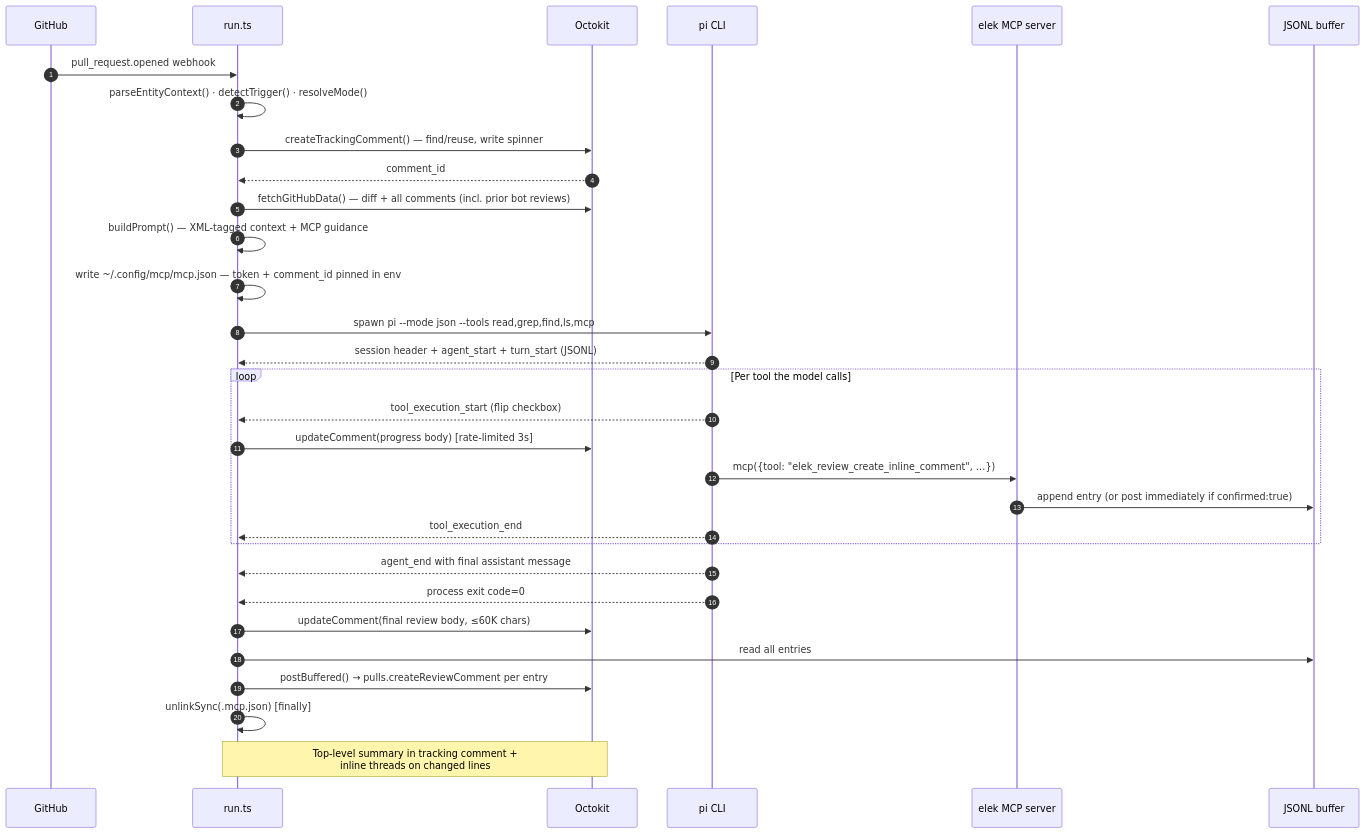
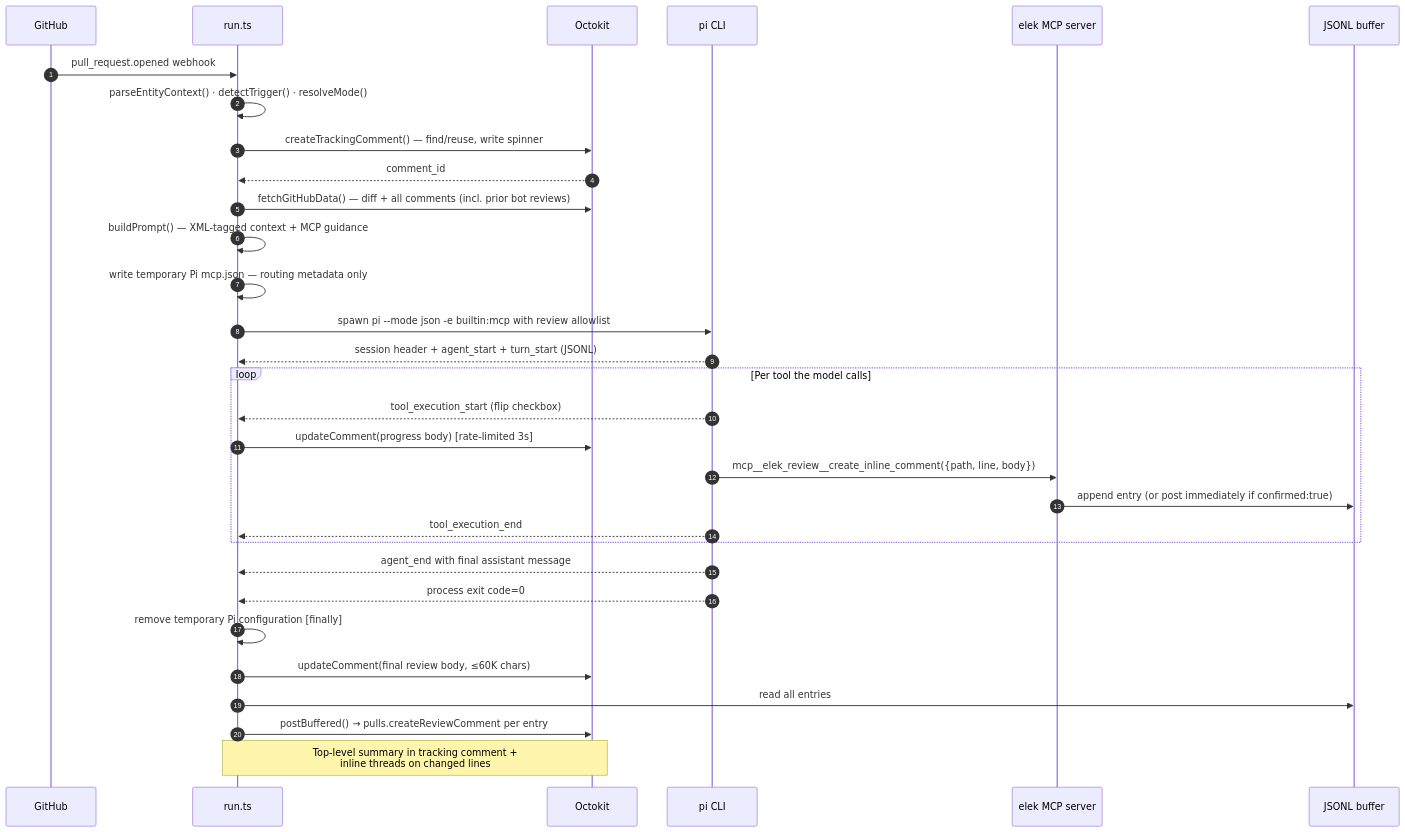
Before and after one commit to selimozten/elek: the diagram in docs/ARCHITECTURE.md, drawn with Mermaid. The commit also changed other lines of this file and 21 other files, not shown here.

Commit message:
test(review): snapshot native MCP migration for verification

````diff
--- a/docs/ARCHITECTURE.md
+++ b/docs/ARCHITECTURE.md
@@ -145,36 +152,36 @@
 ```mermaid
 sequenceDiagram
     autonumber
     participant GH as GitHub
     participant Run as run.ts
     participant Octo as Octokit
     participant Pi as pi CLI
     participant MCP as elek MCP server
     participant Buf as JSONL buffer
 
     GH->>Run: pull_request.opened webhook
     Run->>Run: parseEntityContext() · detectTrigger() · resolveMode()
     Run->>Octo: createTrackingComment() — find/reuse, write spinner
     Octo-->>Run: comment_id
     Run->>Octo: fetchGitHubData() — diff + all comments (incl. prior bot reviews)
     Run->>Run: buildPrompt() — XML-tagged context + MCP guidance
-    Run->>Run: write ~/.config/mcp/mcp.json — token + comment_id pinned in env
-    Run->>Pi: spawn pi --mode json --tools read,grep,find,ls,mcp
+    Run->>Run: write temporary Pi mcp.json — routing metadata only
+    Run->>Pi: spawn pi --mode json -e builtin:mcp with review allowlist
     Pi-->>Run: session header + agent_start + turn_start (JSONL)
 
     loop Per tool the model calls
         Pi-->>Run: tool_execution_start (flip checkbox)
         Run->>Octo: updateComment(progress body) [rate-limited 3s]
-        Pi->>MCP: mcp({tool: "elek_review_create_inline_comment", …})
+        Pi->>MCP: mcp__elek_review__create_inline_comment({path, line, body})
         MCP->>Buf: append entry (or post immediately if confirmed:true)
         Pi-->>Run: tool_execution_end
     end
 
     Pi-->>Run: agent_end with final assistant message
     Pi-->>Run: process exit code=0
+    Run->>Run: remove temporary Pi configuration [finally]
     Run->>Octo: updateComment(final review body, ≤60K chars)
     Run->>Buf: read all entries
     Run->>Octo: postBuffered() → pulls.createReviewComment per entry
-    Run->>Run: unlinkSync(.mcp.json) [finally]
     Note over Run,Octo: Top-level summary in tracking comment +<br/>inline threads on changed lines
 ```
````
